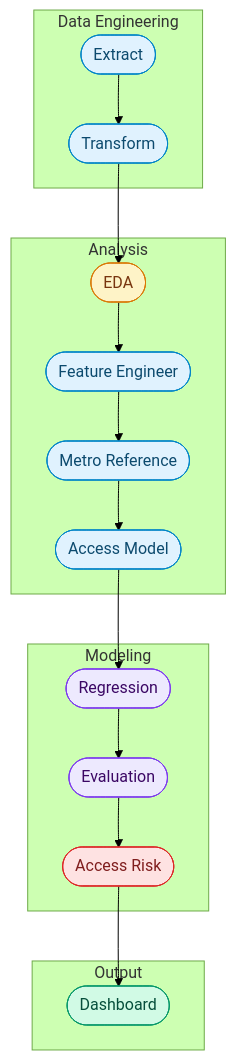
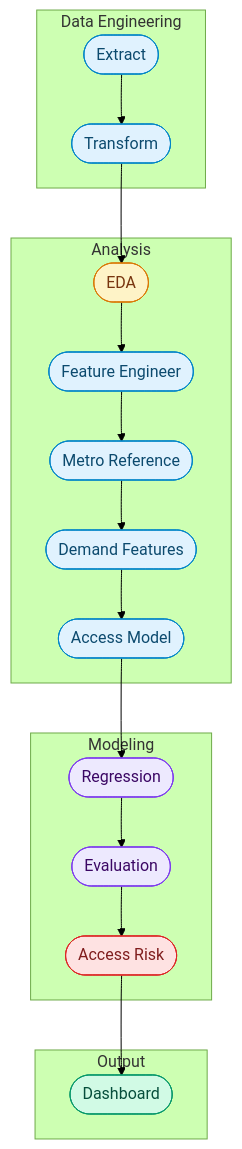
Before and after one commit to kennethyeaher/inst737-final-project-kenneth-yeaher: the diagram in README.md, drawn with Mermaid (forest theme). The commit also changed other lines of this file, not shown here.

Commit message:
docs: update my README with current pipeline, add demand stage, fix structure table, expand data dictionaries

````diff
--- a/README.md
+++ b/README.md
@@ -158,38 +157,39 @@
 ```mermaid
 flowchart TD
     subgraph ETL ["Data Engineering"]
         A([Extract]) --> B([Transform])
     end
 
     subgraph ANALYSIS ["Analysis"]
         C([EDA]) --> D([Feature Engineer])
         D --> E([Metro Reference])
-        E --> F([Access Model])
+        E --> L([Demand Features])
+        L --> F([Access Model])
     end
 
     subgraph MODELING ["Modeling"]
         G([Regression]) --> H([Evaluation])
         H --> I([Access Risk])
     end
 
     subgraph OUTPUT ["Output"]
         K([Dashboard])
     end
 
     B --> C
     F --> G
     I --> K
 
     classDef etl fill:#e0f2fe,stroke:#0284c7,color:#0c4a6e
     classDef eda fill:#fef3c7,stroke:#d97706,color:#78350f
     classDef model fill:#ede9fe,stroke:#7c3aed,color:#3b0764
     classDef risk fill:#fee2e2,stroke:#dc2626,color:#7f1d1d
     classDef dash fill:#d1fae5,stroke:#059669,color:#064e3b
 
     class A,B etl
     class C eda
-    class D,E,F etl
+    class D,E,L,F etl
     class G,H model
     class I risk
     class K dash
 ```
````
